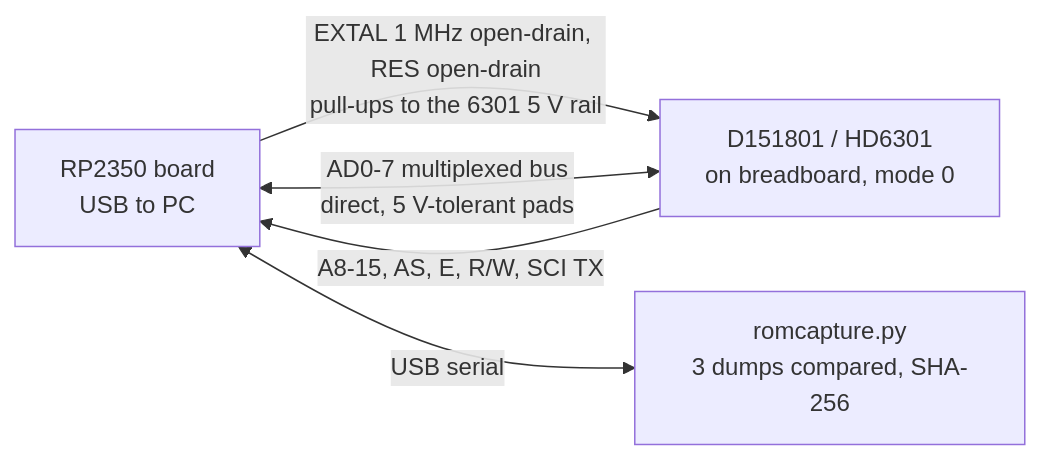
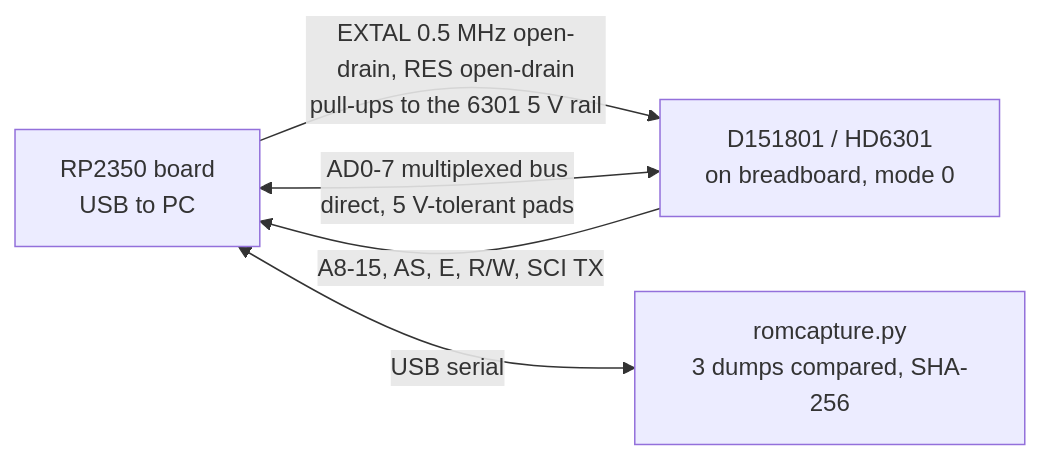
The second of 4 diagrams in docs/RE_PLAN.md (kurt-culley/Toyota-PCM-hacking), drawn with Mermaid before and after one commit. The commit also changed other lines of this file and 6 other files, not shown here.

First line of the commit message:
Reader: EXTAL 0.5 MHz (E = 125 kHz) for answer margin; snoop delay scales with E

````diff
--- a/docs/RE_PLAN.md
+++ b/docs/RE_PLAN.md
@@ -293,7 +293,7 @@
 ```mermaid
 flowchart LR
-  RP[RP2350 board<br/>USB to PC] -->|EXTAL 1 MHz open-drain, RES open-drain<br/>pull-ups to the 6301 5 V rail| MCU[D151801 / HD6301<br/>on breadboard, mode 0]
+  RP[RP2350 board<br/>USB to PC] -->|EXTAL 0.5 MHz open-drain, RES open-drain<br/>pull-ups to the 6301 5 V rail| MCU[D151801 / HD6301<br/>on breadboard, mode 0]
   MCU <-->|AD0-7 multiplexed bus<br/>direct, 5 V-tolerant pads| RP
   MCU -->|A8-15, AS, E, R/W, SCI TX| RP
   RP <-->|USB serial| PC[romcapture.py<br/>3 dumps compared, SHA-256]
 ```
````
